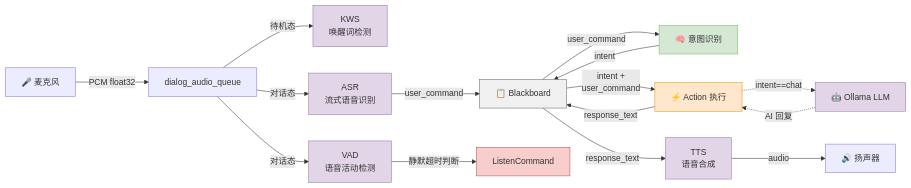
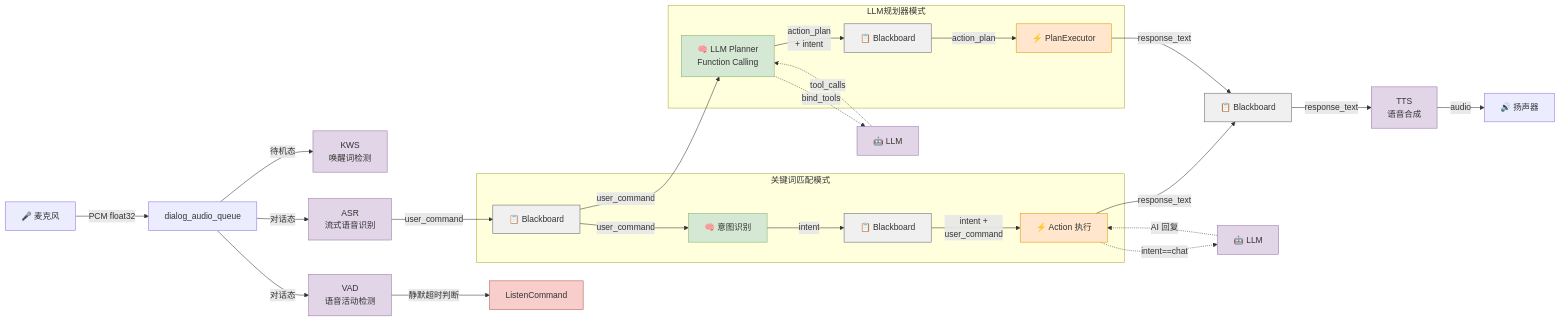
One commit to QiuYuCode/smart-voice-robot changed the sixth of 7 diagrams in README.md. Above: the diagram before and after it, drawn with Mermaid. The commit also changed other lines of this file, not shown here.

Commit message:
docs: 更新 README，增加对两种意图模式的支持说明，优化系统架构描述

````diff
--- a/README.md
+++ b/README.md
@@ -299,29 +351,48 @@
 ```mermaid
 flowchart LR
     MIC["🎤 麦克风"] -->|"PCM float32"| Q["dialog_audio_queue"]
     Q -->|"待机态"| KWS["KWS\n唤醒词检测"]
     Q -->|"对话态"| ASR["ASR\n流式语音识别"]
     Q -->|"对话态"| VAD["VAD\n语音活动检测"]
 
     ASR -->|"user_command"| BB["📋 Blackboard"]
     VAD -->|"静默超时判断"| LISTEN["ListenCommand"]
-    BB -->|"user_command"| INTENT["🧠 意图识别"]
-    INTENT -->|"intent"| BB
-    BB -->|"intent +\nuser_command"| ACTION["⚡ Action 执行"]
-    ACTION -->|"response_text"| BB
-    BB -->|"response_text"| TTS["TTS\n语音合成"]
+
+    subgraph 关键词匹配模式
+        BB -->|"user_command"| INTENT["🧠 意图识别"]
+        INTENT -->|"intent"| BB2["📋 Blackboard"]
+        BB2 -->|"intent +\nuser_command"| ACTION["⚡ Action 执行"]
+    end
+
+    subgraph LLM规划器模式
+        BB -->|"user_command"| PLANNER["🧠 LLM Planner\nFunction Calling"]
+        PLANNER -->|"action_plan\n+ intent"| BB3["📋 Blackboard"]
+        BB3 -->|"action_plan"| EXEC["⚡ PlanExecutor"]
+    end
+
+    ACTION -->|"response_text"| BB4["📋 Blackboard"]
+    EXEC -->|"response_text"| BB4
+    BB4 -->|"response_text"| TTS["TTS\n语音合成"]
     TTS -->|"audio"| SPK["🔊 扬声器"]
 
-    ACTION -.->|"intent==chat"| LLM["🤖 Ollama LLM"]
+    ACTION -.->|"intent==chat"| LLM["🤖 LLM"]
     LLM -.->|"AI 回复"| ACTION
+    PLANNER -.->|"bind_tools"| LLM2["🤖 LLM"]
+    LLM2 -.->|"tool_calls"| PLANNER
 
     style BB fill:#f0f0f0,stroke:#666
+    style BB2 fill:#f0f0f0,stroke:#666
+    style BB3 fill:#f0f0f0,stroke:#666
+    style BB4 fill:#f0f0f0,stroke:#666
     style KWS fill:#e1d5e7,stroke:#9673a6
     style ASR fill:#e1d5e7,stroke:#9673a6
     style VAD fill:#e1d5e7,stroke:#9673a6
     style TTS fill:#e1d5e7,stroke:#9673a6
     style LLM fill:#e1d5e7,stroke:#9673a6
+    style LLM2 fill:#e1d5e7,stroke:#9673a6
     style ACTION fill:#ffe6cc,stroke:#d79b00
+    style EXEC fill:#ffe6cc,stroke:#d79b00
     style INTENT fill:#d5e8d4,stroke:#82b366
+    style PLANNER fill:#d5e8d4,stroke:#82b366
     style LISTEN fill:#f8cecc,stroke:#b85450
 ```
````
